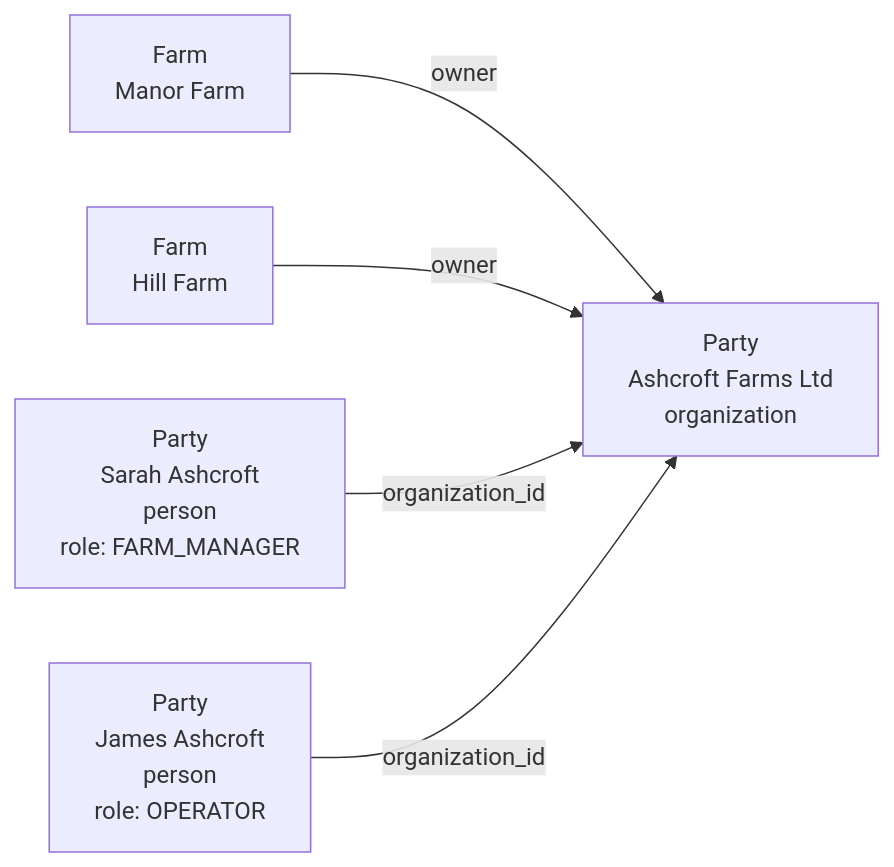
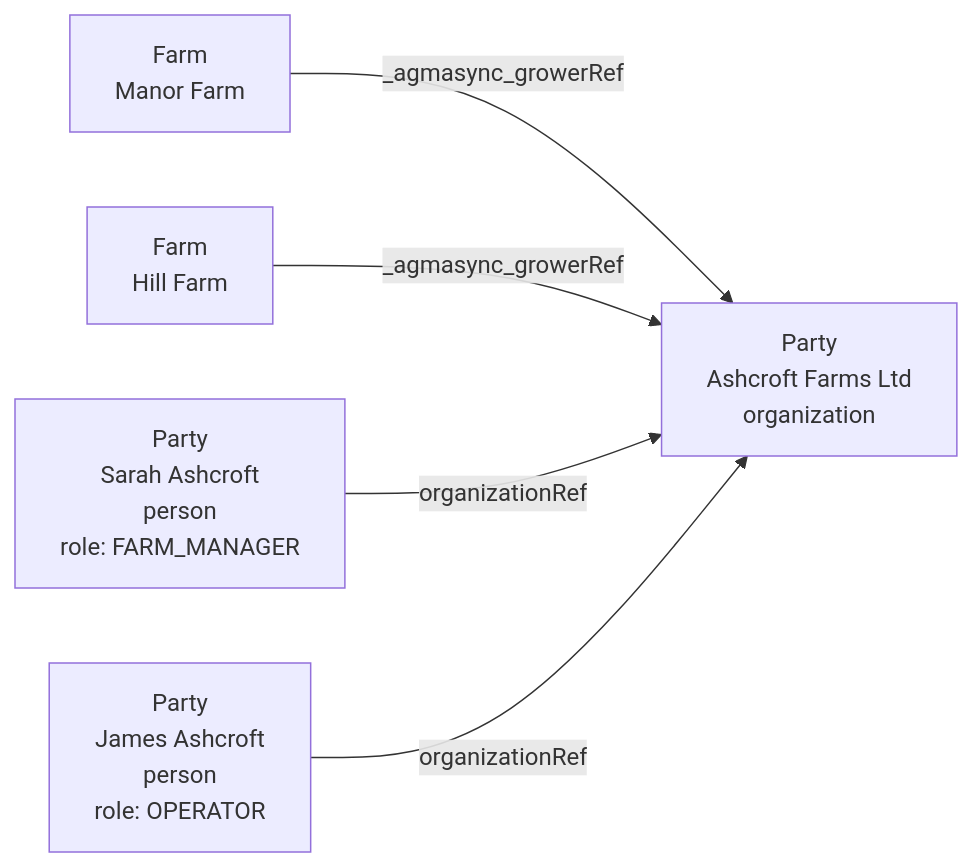
One commit to DKE-Data/masterdata-sync-working-group changed the third of 6 diagrams in architecture/08-party-model.md. Above: the diagram before and after it, drawn with Mermaid. The commit also changed other lines of this file and 11 other files, not shown here.

````diff
--- a/architecture/08-party-model.md
+++ b/architecture/08-party-model.md
@@ -125,7 +123,7 @@
 ```mermaid
 flowchart LR
-    F1["Farm \n Manor Farm"] -->|"owner"| O["Party \n Ashcroft Farms Ltd \n organization"]
-    F2["Farm \n Hill Farm"] -->|"owner"| O
-    P1["Party \n Sarah Ashcroft \n person \n role: FARM_MANAGER"] -->|"organization_id"| O
-    P2["Party \n James Ashcroft \n person \n role: OPERATOR"] -->|"organization_id"| O
+    F1["Farm \n Manor Farm"] -->|"_agmasync_growerRef"| O["Party \n Ashcroft Farms Ltd \n organization"]
+    F2["Farm \n Hill Farm"] -->|"_agmasync_growerRef"| O
+    P1["Party \n Sarah Ashcroft \n person \n role: FARM_MANAGER"] -->|"organizationRef"| O
+    P2["Party \n James Ashcroft \n person \n role: OPERATOR"] -->|"organizationRef"| O
 ```
````
